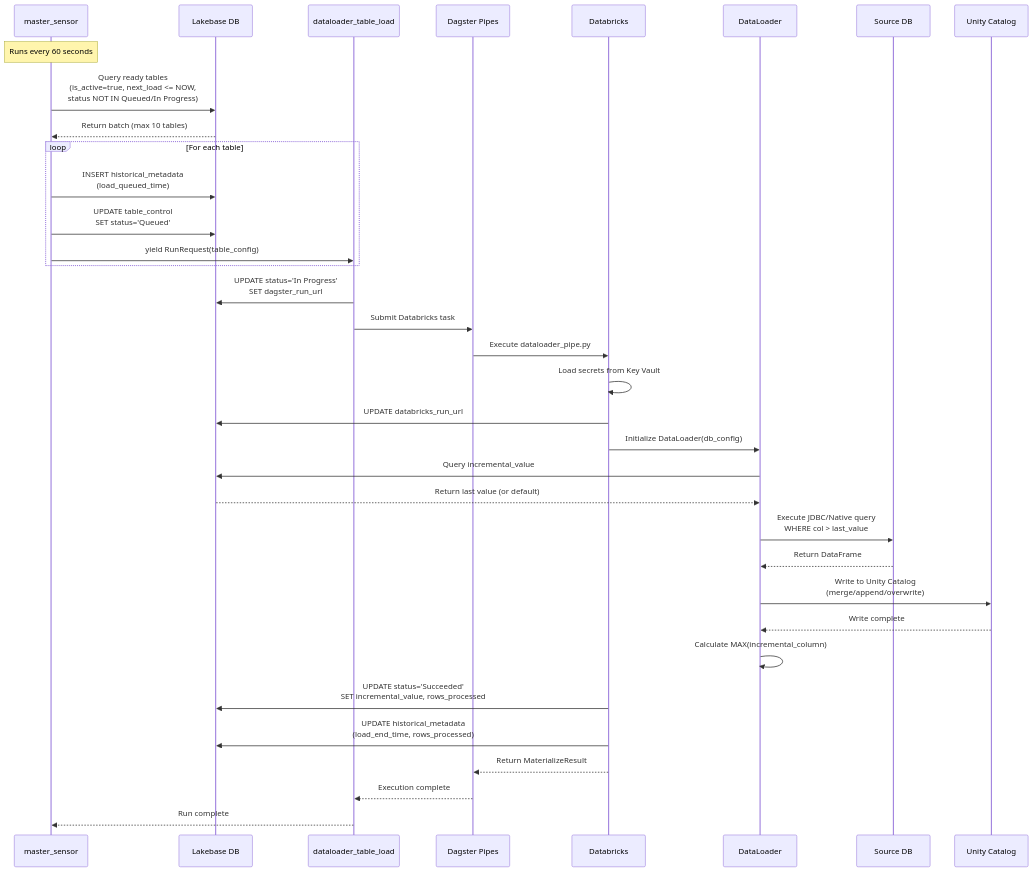
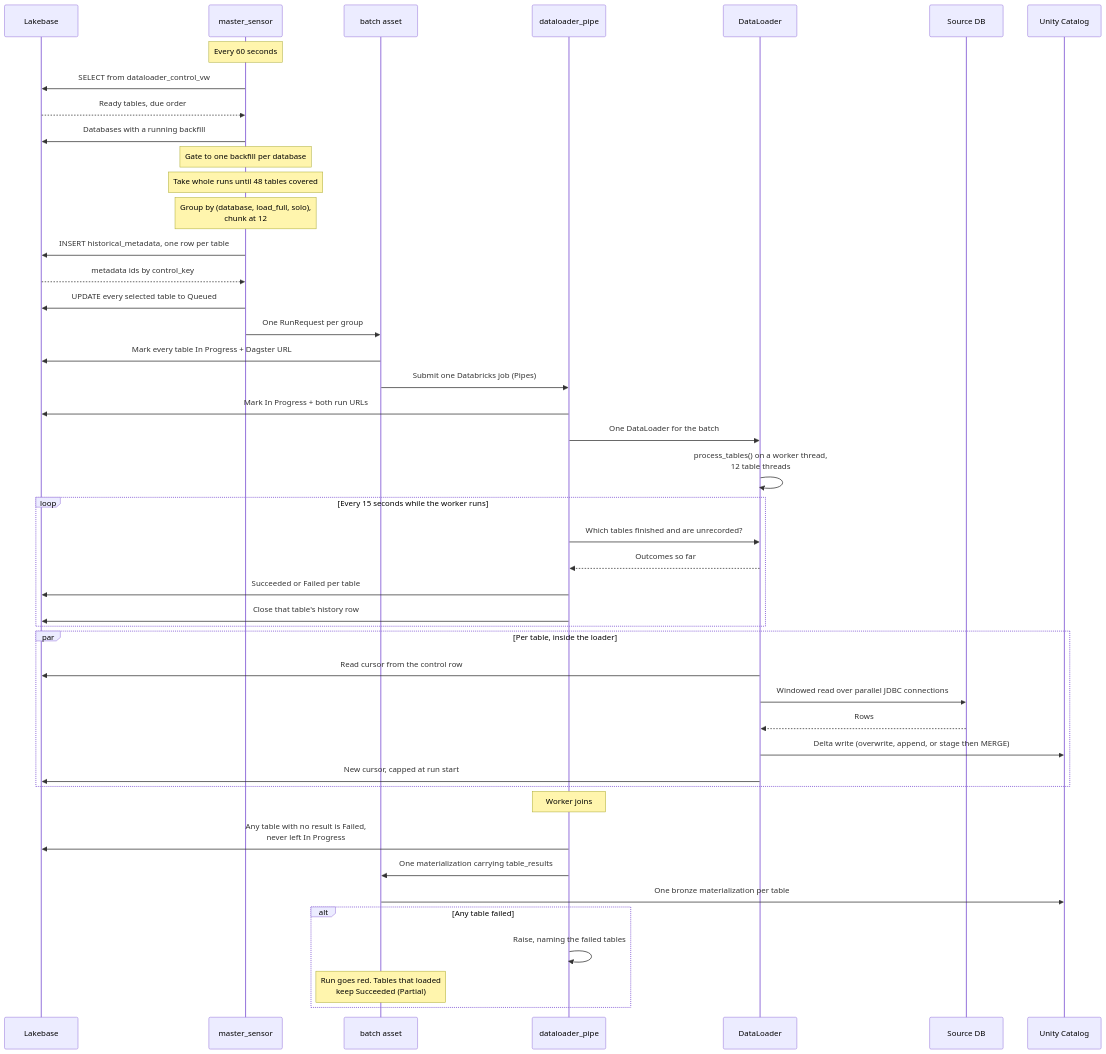
Before and after one commit to DakotaDataEng/dataloader-docs: the first of 5 diagrams in diagrams/03-sequence-diagrams.md, drawn with Mermaid. The commit also changed other lines of this file and 40 other files, not shown here.

````diff
--- a/diagrams/03-sequence-diagrams.md
+++ b/diagrams/03-sequence-diagrams.md
@@ -11,48 +13,56 @@
 ```mermaid
 sequenceDiagram
-    participant Sensor as master_sensor
-    participant Lakebase as Lakebase DB
-    participant Asset as dataloader_table_load
-    participant Pipes as Dagster Pipes
-    participant DBX as Databricks
+    participant LB as Lakebase
+    participant MS as master_sensor
+    participant AS as batch asset
+    participant PIPE as dataloader_pipe
     participant DL as DataLoader
-    participant Source as Source DB
+    participant SRC as Source DB
     participant UC as Unity Catalog
 
-    Note over Sensor: Runs every 60 seconds
+    Note over MS: Every 60 seconds
 
-    Sensor->>Lakebase: Query ready tables<br/>(is_active=true, next_load <= NOW,<br/>status NOT IN Queued/In Progress)
-    Lakebase-->>Sensor: Return batch (max 10 tables)
+    MS->>LB: SELECT from dataloader_control_vw
+    LB-->>MS: Ready tables, due order
+    MS->>LB: Databases with a running backfill
+    Note over MS: Gate to one backfill per database
+    Note over MS: Take whole runs until 48 tables covered
+    Note over MS: Group by (database, load_full, solo),<br/>chunk at 12
 
-    loop For each table
-        Sensor->>Lakebase: INSERT historical_metadata<br/>(load_queued_time)
-        Sensor->>Lakebase: UPDATE table_control<br/>SET status='Queued'
-        Sensor->>Asset: yield RunRequest(table_config)
+    MS->>LB: INSERT historical_metadata, one row per table
+    LB-->>MS: metadata ids by control_key
+    MS->>LB: UPDATE every selected table to Queued
+    MS->>AS: One RunRequest per group
+
+    AS->>LB: Mark every table In Progress + Dagster URL
+    AS->>PIPE: Submit one Databricks job (Pipes)
+
+    PIPE->>LB: Mark In Progress + both run URLs
+    PIPE->>DL: One DataLoader for the batch
+    DL->>DL: process_tables() on a worker thread,<br/>12 table threads
+
+    loop Every 15 seconds while the worker runs
+        PIPE->>DL: Which tables finished and are unrecorded?
+        DL-->>PIPE: Outcomes so far
+        PIPE->>LB: Succeeded or Failed per table
+        PIPE->>LB: Close that table's history row
     end
 
-    Asset->>Lakebase: UPDATE status='In Progress'<br/>SET dagster_run_url
-    Asset->>Pipes: Submit Databricks task
-    Pipes->>DBX: Execute dataloader_pipe.py
+    par Per table, inside the loader
+        DL->>LB: Read cursor from the control row
+        DL->>SRC: Windowed read over parallel JDBC connections
+        SRC-->>DL: Rows
+        DL->>UC: Delta write (overwrite, append, or stage then MERGE)
+        DL->>LB: New cursor, capped at run start
+    end
 
-    DBX->>DBX: Load secrets from Key Vault
-    DBX->>Lakebase: UPDATE databricks_run_url
+    Note over PIPE: Worker joins
+    PIPE->>LB: Any table with no result is Failed,<br/>never left In Progress
+    PIPE->>AS: One materialization carrying table_results
+    AS->>UC: One bronze materialization per table
 
-    DBX->>DL: Initialize DataLoader(db_config)
-    DL->>Lakebase: Query incremental_value
-    Lakebase-->>DL: Return last value (or default)
-
-    DL->>Source: Execute JDBC/Native query<br/>WHERE col > last_value
-    Source-->>DL: Return DataFrame
-
-    DL->>UC: Write to Unity Catalog<br/>(merge/append/overwrite)
-    UC-->>DL: Write complete
-
-    DL->>DL: Calculate MAX(incremental_column)
-
-    DBX->>Lakebase: UPDATE status='Succeeded'<br/>SET incremental_value, rows_processed
-    DBX->>Lakebase: UPDATE historical_metadata<br/>(load_end_time, rows_processed)
-
-    DBX-->>Pipes: Return MaterializeResult
-    Pipes-->>Asset: Execution complete
-    Asset-->>Sensor: Run complete
+    alt Any table failed
+        PIPE->>PIPE: Raise, naming the failed tables
+        Note over AS: Run goes red. Tables that loaded<br/>keep Succeeded (Partial)
+    end
 ```
````
